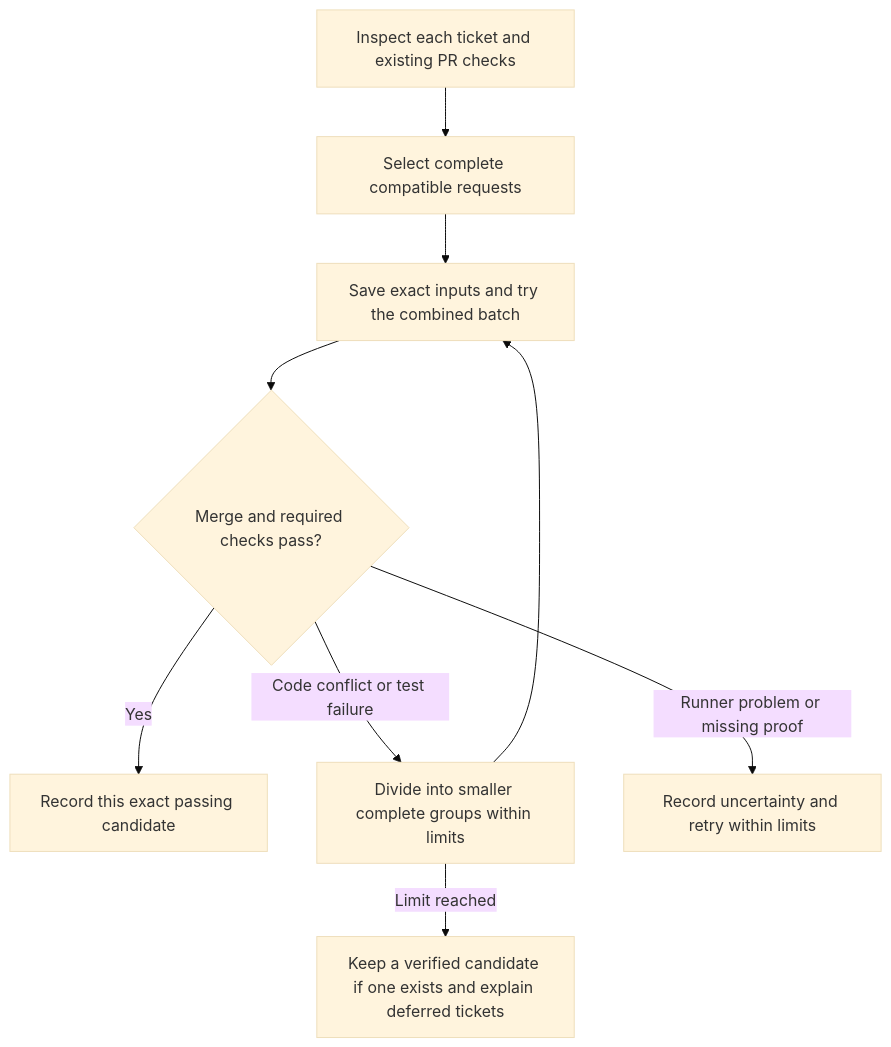
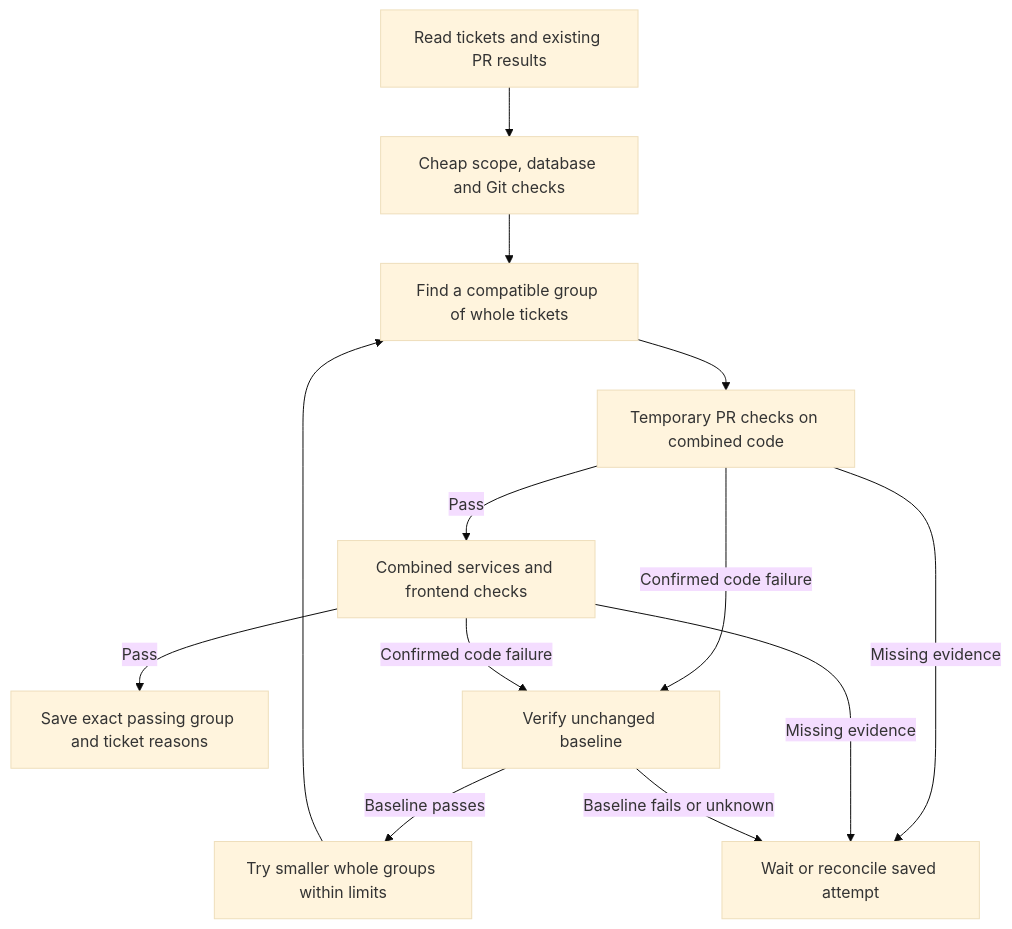
The first of 2 diagrams in docs/design.md (6529-Collections/6529-release-coordinator), drawn with Mermaid (base theme) before and after one commit. The commit also changed other lines of this file and 31 other files, not shown here.

Commit message:
Add bounded sandbox batch testing to inbox runner

````diff
--- a/docs/design.md
+++ b/docs/design.md
@@ -116,11 +124,15 @@
 ```mermaid
 flowchart TD
-    A[Inspect each ticket and existing PR checks] --> B[Select complete compatible requests]
-    B --> C[Save exact inputs and try the combined batch]
-    C --> D{Merge and required checks pass?}
-    D -->|Yes| E[Record this exact passing candidate]
-    D -->|Code conflict or test failure| F[Divide into smaller complete groups within limits]
-    F --> C
-    D -->|Runner problem or missing proof| G[Record uncertainty and retry within limits]
-    F -->|Limit reached| H[Keep a verified candidate if one exists and explain deferred tickets]
+    A[Read tickets and existing PR results] --> B[Cheap scope, database and Git checks]
+    B --> C[Find a compatible group of whole tickets]
+    C --> D[Temporary PR checks on combined code]
+    D -->|Pass| E[Combined services and frontend checks]
+    E -->|Pass| F[Save exact passing group and ticket reasons]
+    D -->|Confirmed code failure| G[Verify unchanged baseline]
+    E -->|Confirmed code failure| G
+    G -->|Baseline passes| H[Try smaller whole groups within limits]
+    H --> C
+    D -->|Missing evidence| I[Wait or reconcile saved attempt]
+    E -->|Missing evidence| I
+    G -->|Baseline fails or unknown| I
 ```
````
